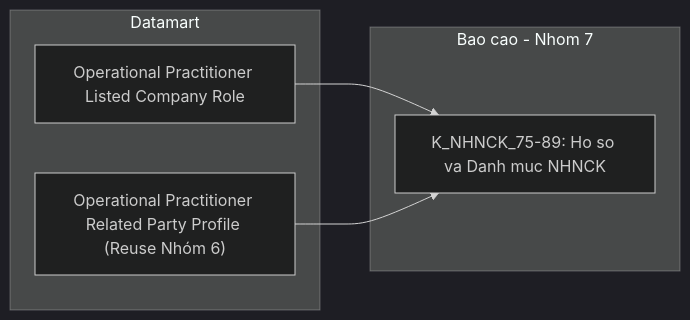
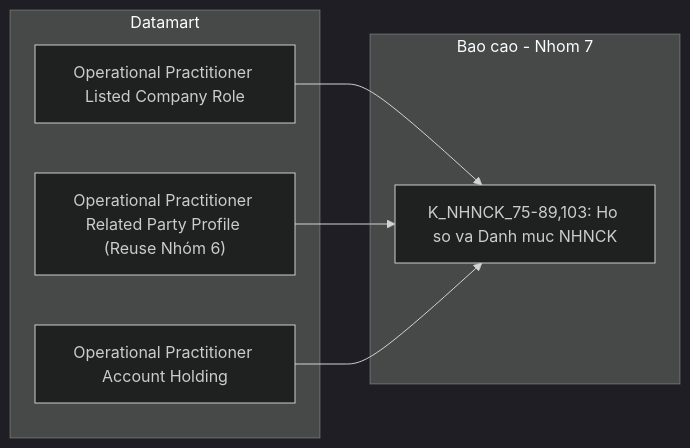
Diagram 27 of 39 in Datamart/hld/DTM_NHNCK_HLD.md (linhlvit/ubck_atomic_design), drawn with Mermaid (dark theme) before and after one commit. The commit also changed other lines of this file and 13 other files, not shown here.

````diff
--- a/Datamart/hld/DTM_NHNCK_HLD.md
+++ b/Datamart/hld/DTM_NHNCK_HLD.md
@@ -1199,12 +1209,14 @@
 ```mermaid
 flowchart LR
     subgraph Datamart["Datamart"]
         G1["Operational Practitioner Listed Company Role"]
         G2["Operational Practitioner Related Party Profile (Reuse Nhóm 6)"]
+        G3["Operational Practitioner Account Holding"]
     end
     subgraph RPT["Bao cao - Nhom 7"]
-        R1["K_NHNCK_75-89: Ho so va Danh muc NHNCK"]
+        R1["K_NHNCK_75-89,103: Ho so va Danh muc NHNCK"]
     end
     G1 --> R1
     G2 --> R1
+    G3 --> R1
 ```
````
